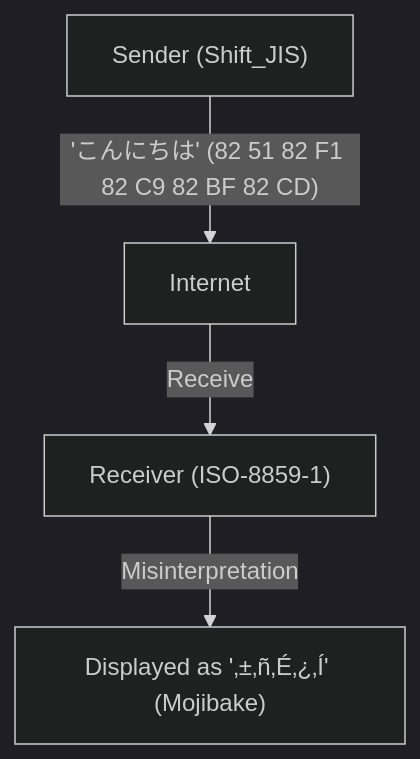
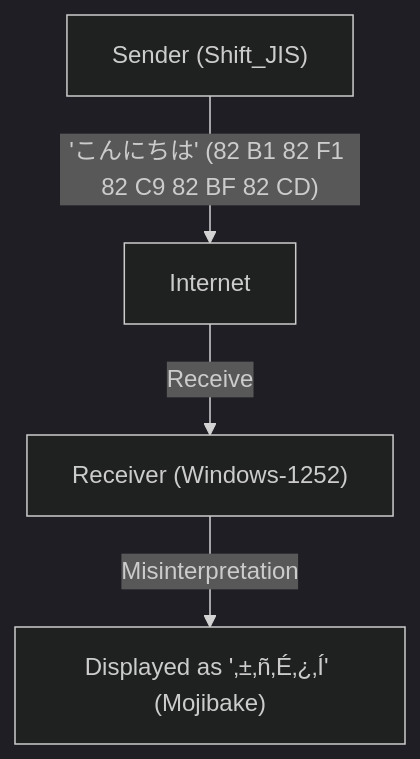
The first of 2 diagrams in content/post/history-of-unicode-encoding/index.en.md (kenjinote/blog), drawn with Mermaid (dark theme) before and after one commit. The commit also changed other lines of this file and 28 other files, not shown here.

````diff
--- a/content/post/history-of-unicode-encoding/index.en.md
+++ b/content/post/history-of-unicode-encoding/index.en.md
@@ -34,6 +35,6 @@
 ```mermaid
 graph TD
-    A["Sender (Shift_JIS)"] -- "'こんにちは' (82 51 82 F1 82 C9 82 BF 82 CD)" --> B["Internet"]
-    B -- "Receive" --> C["Receiver (ISO-8859-1)"]
+    A["Sender (Shift_JIS)"] -- "'こんにちは' (82 B1 82 F1 82 C9 82 BF 82 CD)" --> B["Internet"]
+    B -- "Receive" --> C["Receiver (Windows-1252)"]
     C -- "Misinterpretation" --> D["Displayed as '‚±‚ñ‚É‚¿‚Í' (Mojibake)"]
 ```
````
